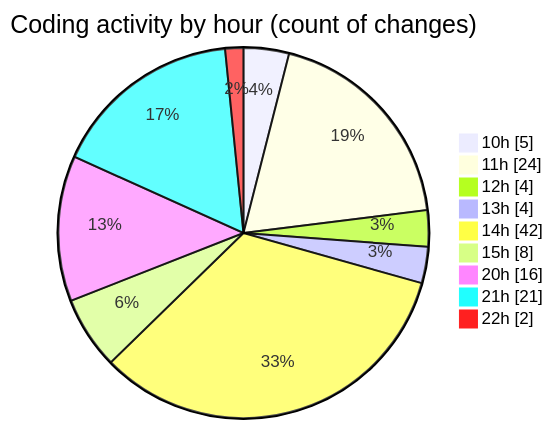
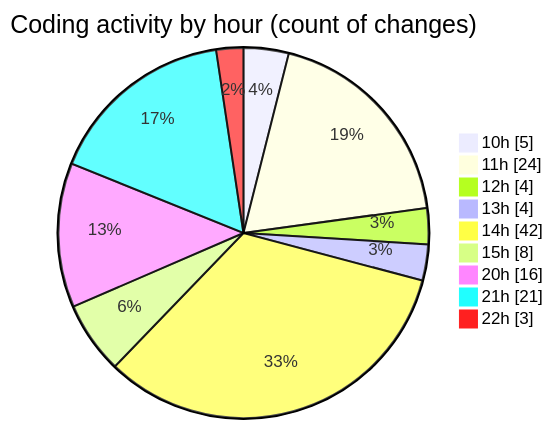
Before and after one commit to momahboobian/code-tracking: the second of 2 diagrams in 2026-09-09/cda/README.md, drawn with Mermaid. The commit also changed other lines of this file and 1 other file, not shown here.

````diff
--- a/2026-09-09/cda/README.md
+++ b/2026-09-09/cda/README.md
@@ -51,13 +53,13 @@
 ```mermaid
 pie showData
 title Coding activity by hour (count of changes)
 "10h" : 5
 "11h" : 24
 "12h" : 4
 "13h" : 4
 "14h" : 42
 "15h" : 8
 "20h" : 16
 "21h" : 21
-"22h" : 2
+"22h" : 3
 ```
````
